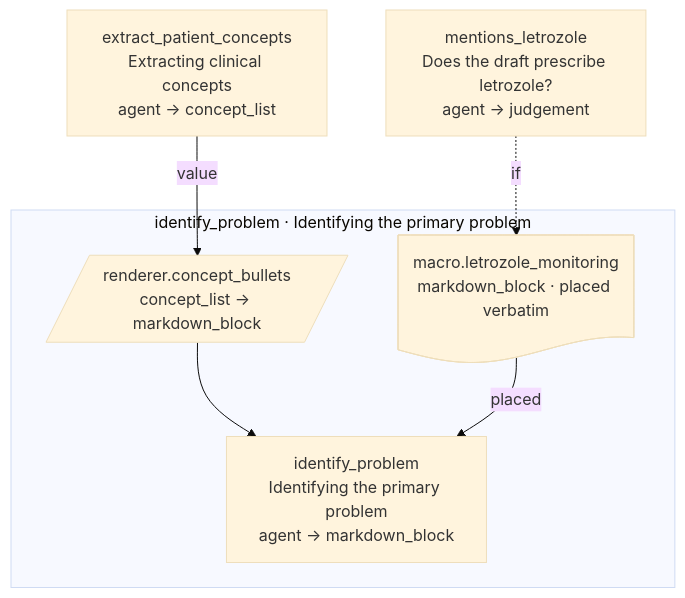
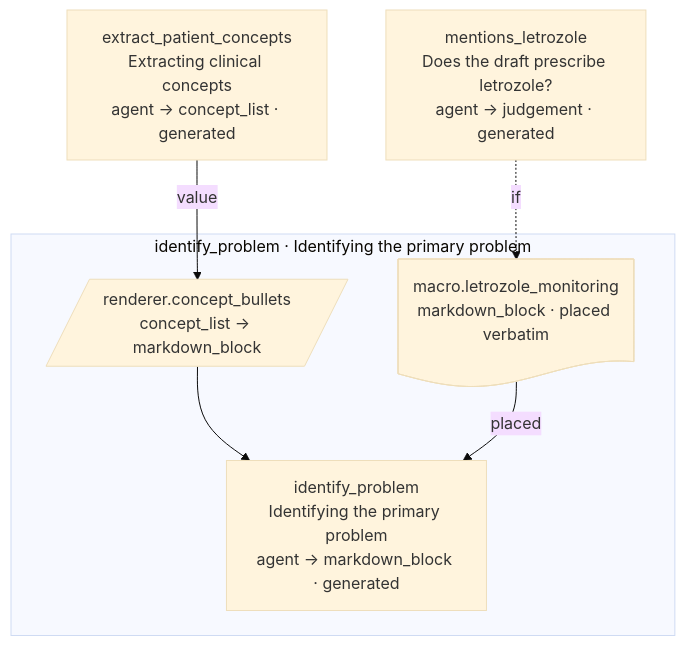
Before and after one commit to Consultologist/Consultologist-Blazor: the second of 3 diagrams in docs/customizable-workflow/package-format-v31/09-engine-and-pages.md, drawn with Mermaid (base theme). The commit also changed other lines of this file and 9 other files, not shown here.

````diff
--- a/docs/customizable-workflow/package-format-v31/09-engine-and-pages.md
+++ b/docs/customizable-workflow/package-format-v31/09-engine-and-pages.md
@@ -706,14 +739,14 @@
 ```mermaid
 flowchart TD
-    node__extract_patient_concepts["extract_patient_concepts<br/>Extracting clinical concepts<br/>agent → concept_list"]
-    node__mentions_letrozole["mentions_letrozole<br/>Does the draft prescribe letrozole?<br/>agent → judgement"]
+    node__extract_patient_concepts["extract_patient_concepts<br/>Extracting clinical concepts<br/>agent → concept_list · generated"]
+    node__mentions_letrozole["mentions_letrozole<br/>Does the draft prescribe letrozole?<br/>agent → judgement · generated"]
     subgraph uses_node__identify_problem["identify_problem · Identifying the primary problem"]
         node__identify_problem__render_1[/"renderer.concept_bullets<br/>concept_list → markdown_block"/]
         node__identify_problem__macro_letrozole_monitoring@{ shape: doc, label: "macro.letrozole_monitoring<br/>markdown_block · placed verbatim" }
-        node__identify_problem["identify_problem<br/>Identifying the primary problem<br/>agent → markdown_block"]
+        node__identify_problem["identify_problem<br/>Identifying the primary problem<br/>agent → markdown_block · generated"]
         node__identify_problem__render_1 --> node__identify_problem
         node__identify_problem__macro_letrozole_monitoring -->|"placed"| node__identify_problem
     end
     node__extract_patient_concepts -->|"value"| node__identify_problem__render_1
     node__mentions_letrozole -.->|"if"| node__identify_problem__macro_letrozole_monitoring
 ```
````
